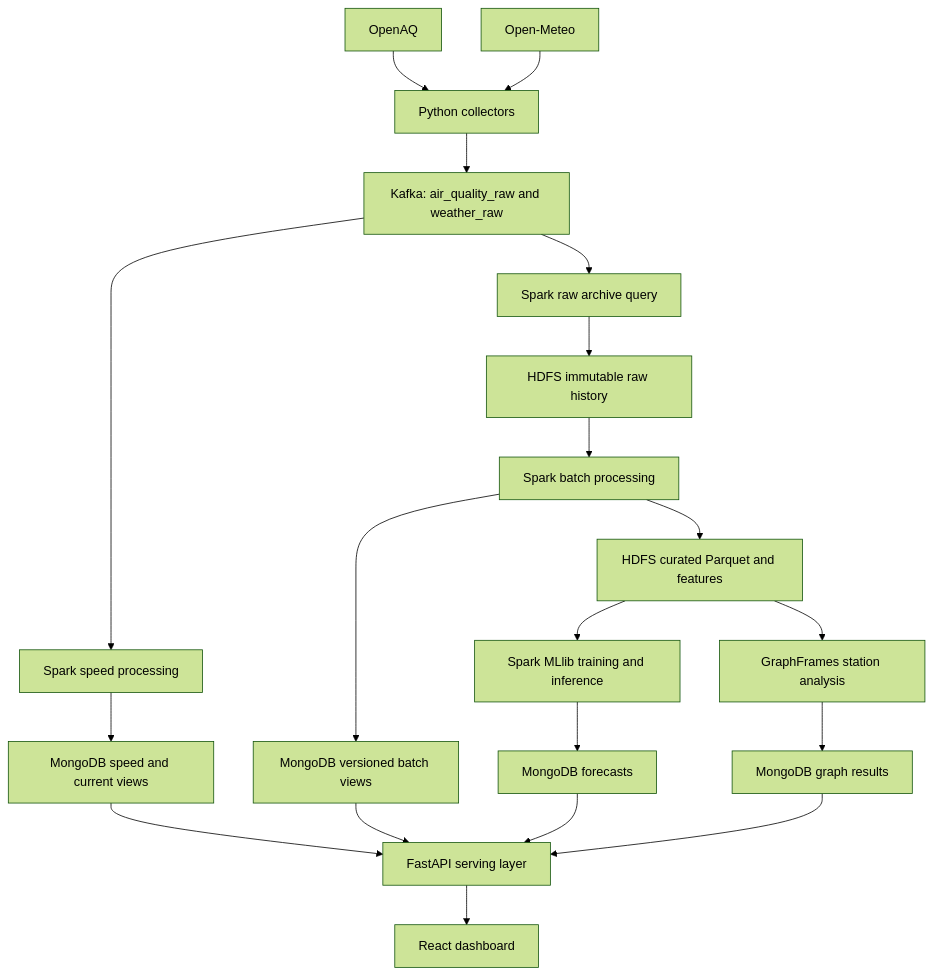
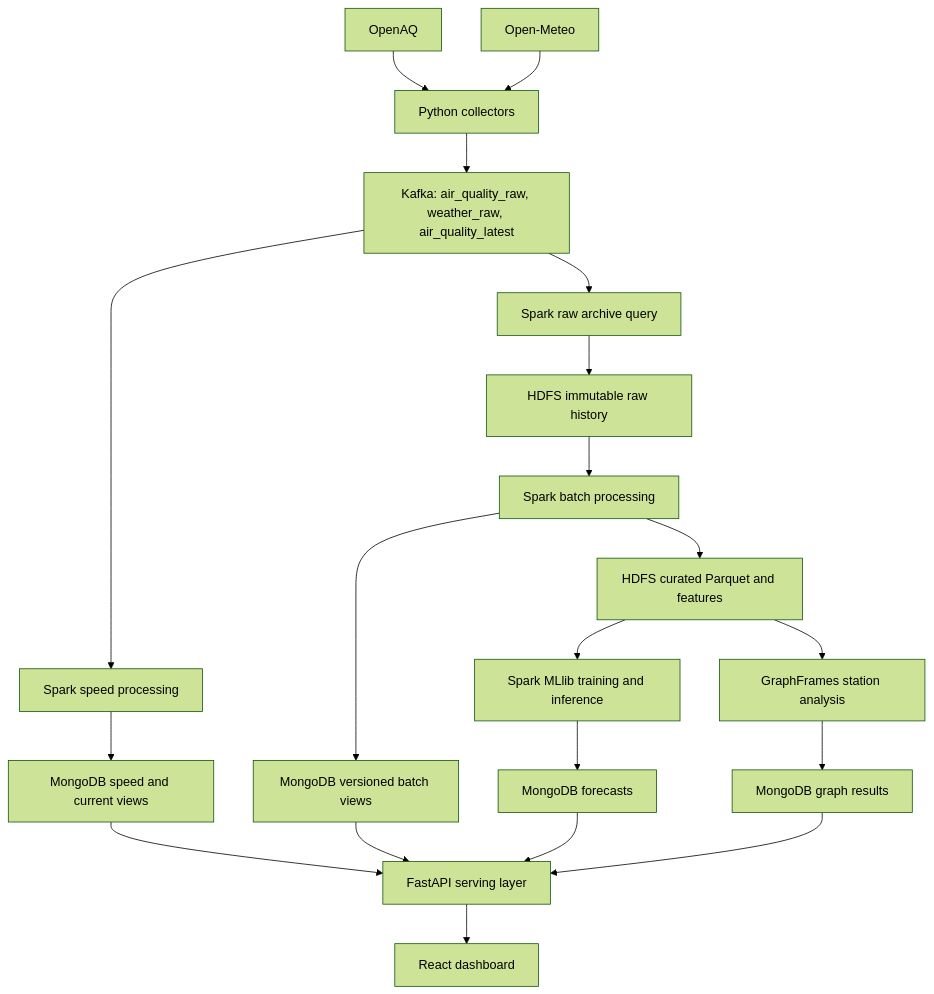
Before and after one commit to huyng26/IT4043E_Project: the diagram in docs/architecture.md, drawn with Mermaid (forest theme). The commit also changed other lines of this file and 7 other files, not shown here.

````diff
--- a/docs/architecture.md
+++ b/docs/architecture.md
@@ -15,22 +35,22 @@
 ```mermaid
 flowchart TD
     OA[OpenAQ] --> COL[Python collectors]
     OM[Open-Meteo] --> COL
-    COL --> K[Kafka: air_quality_raw and weather_raw]
+    COL --> K[Kafka: air_quality_raw, weather_raw, air_quality_latest]
     K --> AR[Spark raw archive query]
     AR --> H[HDFS immutable raw history]
     K --> SP[Spark speed processing]
     SP --> MV[MongoDB speed and current views]
     H --> B[Spark batch processing]
     B --> P[HDFS curated Parquet and features]
     B --> BV[MongoDB versioned batch views]
     P --> ML[Spark MLlib training and inference]
     ML --> PRED[MongoDB forecasts]
     P --> G[GraphFrames station analysis]
     G --> GA[MongoDB graph results]
     MV --> API[FastAPI serving layer]
     BV --> API
     PRED --> API
     GA --> API
     API --> UI[React dashboard]
 ```
````
